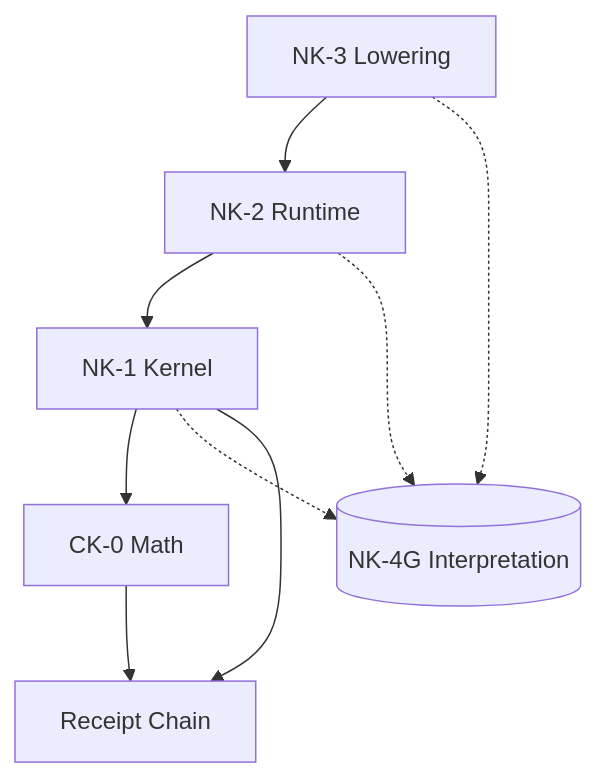
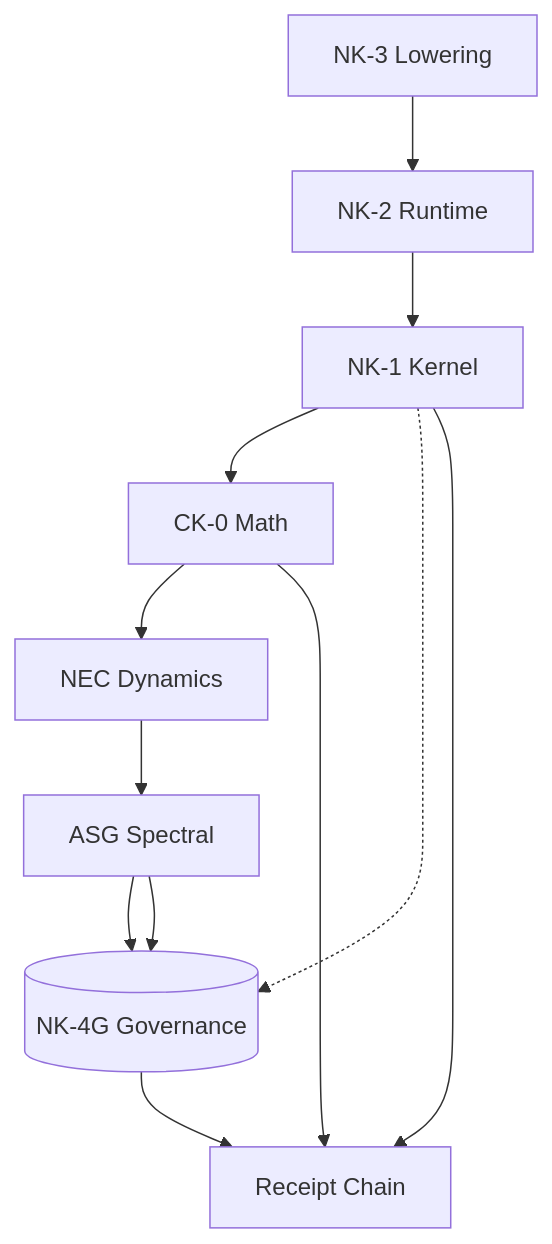
Before and after one commit to noeticanlabs/noeticav1: the diagram in docs/nk4g/0_overview.md, drawn with Mermaid. The commit also changed other lines of this file and 4399 other files, not shown here.

````diff
--- a/docs/nk4g/0_overview.md
+++ b/docs/nk4g/0_overview.md
@@ -47,13 +47,16 @@
 ```mermaid
 graph TD
     NK3[NK-3 Lowering] --> NK2[NK-2 Runtime]
     NK2 --> NK1[NK-1 Kernel]
     NK1 --> CK0[CK-0 Math]
+    CK0 --> NEC[NEC Dynamics]
+    NEC --> ASG[ASG Spectral]
+    ASG --> NK4G[(NK-4G Governance)]
     
-    NK1 -.-> NK4G[(NK-4G Interpretation)]
-    NK2 -.-> NK4G
-    NK3 -.-> NK4G
+    NK1 -.-> NK4G
+    ASG --> NK4G
     
     CK0 --> Receipts[Receipt Chain]
     NK1 --> Receipts
+    NK4G --> Receipts
 ```
````
